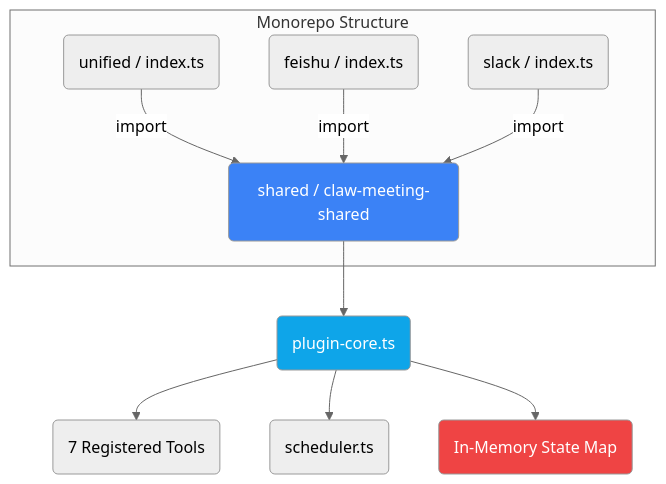
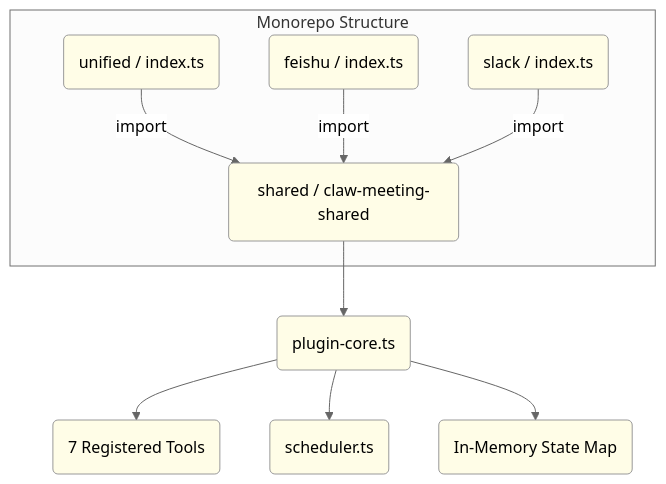
The first of 13 diagrams in README.md (javana3/claw_meeting_all), drawn with Mermaid (neutral theme) before and after one commit. The commit also changed other lines of this file, not shown here.

Commit message:
Replace all mermaid diagram colors with light yellow (#fffde7)

````diff
--- a/README.md
+++ b/README.md
@@ -31,22 +31,27 @@
 ```mermaid
 graph TD
     subgraph "Monorepo Structure"
         SHARED(shared / claw-meeting-shared)
         UNI(unified / index.ts)
         FEI(feishu / index.ts)
         SLK(slack / index.ts)
     end
 
     UNI -->|import| SHARED
     FEI -->|import| SHARED
     SLK -->|import| SHARED
 
     SHARED --> CORE(plugin-core.ts)
     CORE --> TOOLS(7 Registered Tools)
     CORE --> SCHED(scheduler.ts)
     CORE --> STATE(In-Memory State Map)
 
-    style SHARED fill:#3b82f6,color:#fff
-    style CORE fill:#0ea5e9,color:#fff
-    style STATE fill:#ef4444,color:#fff
+    style SHARED fill:#fffde7,color:#000
+    style UNI fill:#fffde7,color:#000
+    style FEI fill:#fffde7,color:#000
+    style SLK fill:#fffde7,color:#000
+    style CORE fill:#fffde7,color:#000
+    style STATE fill:#fffde7,color:#000
+    style TOOLS fill:#fffde7,color:#000
+    style SCHED fill:#fffde7,color:#000
 ```
````
